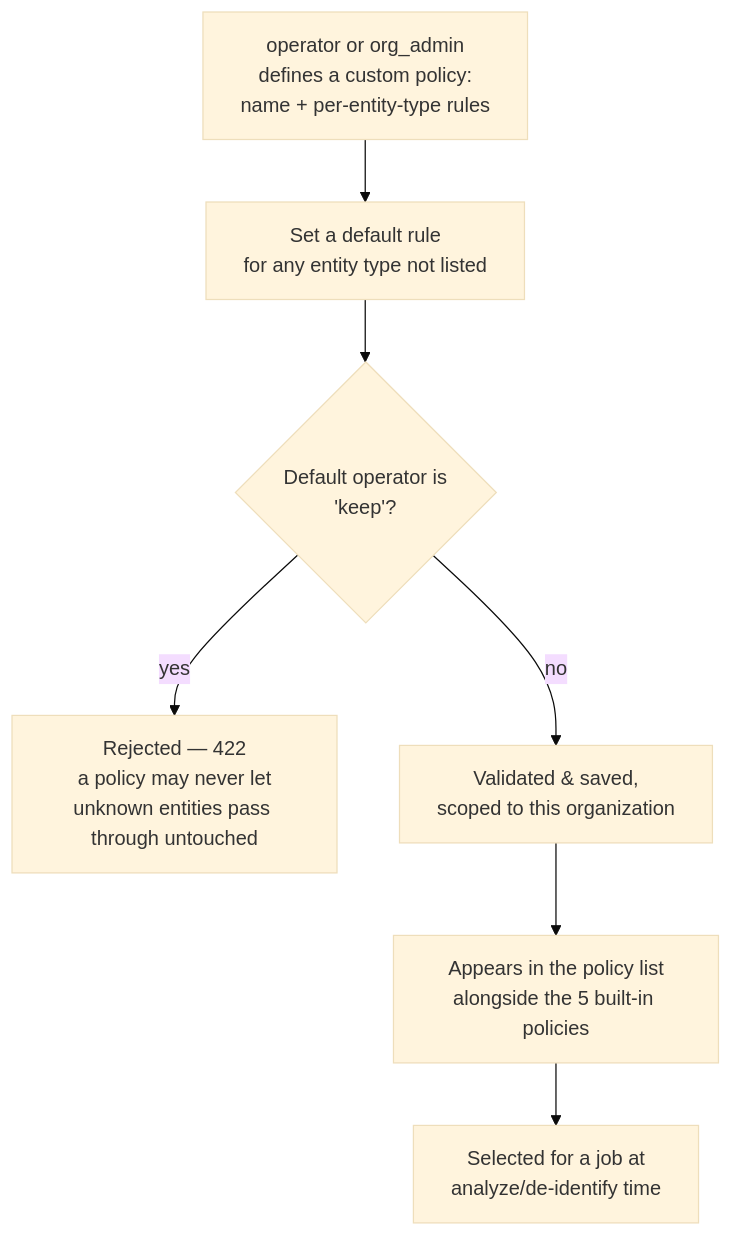
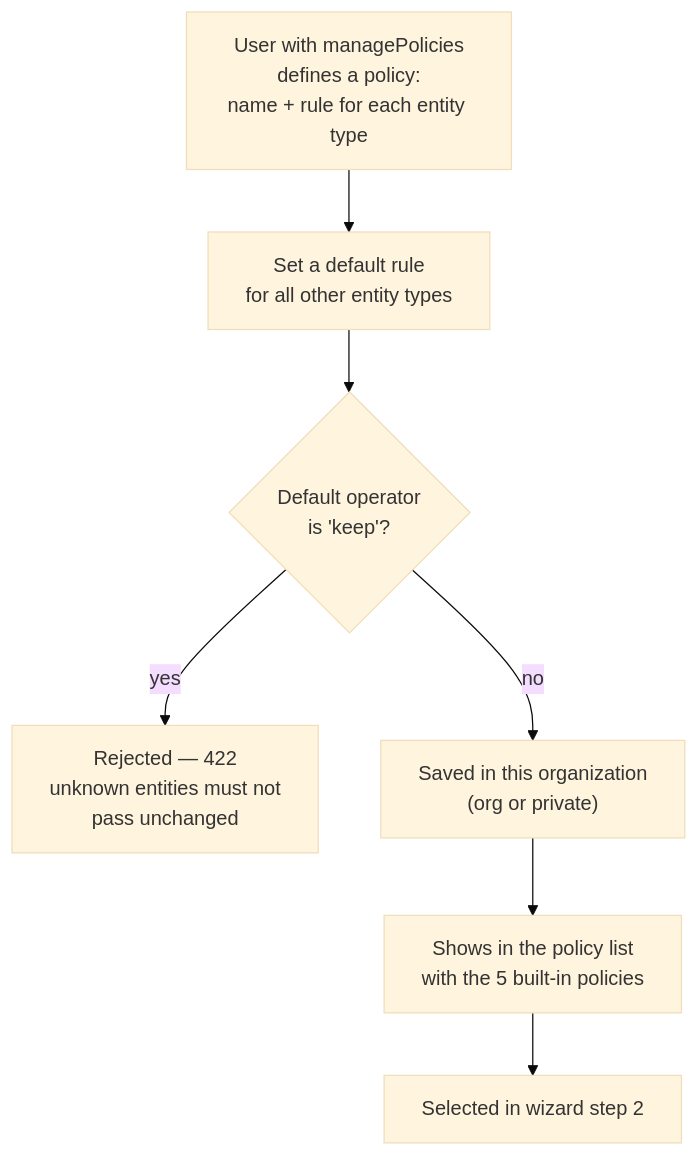
Before and after one commit to DataShield-sp18/data-shield-docs: the first of 2 diagrams in docs/features/custom-policies.md, drawn with Mermaid (base theme). The commit also changed other lines of this file and 8 other files, not shown here.

````diff
--- a/docs/features/custom-policies.md
+++ b/docs/features/custom-policies.md
@@ -6,9 +5,9 @@
 ```mermaid
 flowchart TD
-    A["operator or org_admin<br/>defines a custom policy:<br/>name + per-entity-type rules"] --> B["Set a default rule<br/>for any entity type not listed"]
-    B --> C{"Default operator is<br/>'keep'?"}
-    C -- yes --> R["Rejected — 422<br/>a policy may never let<br/>unknown entities pass through untouched"]
-    C -- no --> D["Validated & saved,<br/>scoped to this organization"]
-    D --> E["Appears in the policy list<br/>alongside the 5 built-in policies"]
-    E --> F["Selected for a job at<br/>analyze/de-identify time"]
+    A["User with managePolicies<br/>defines a policy:<br/>name + rule for each entity type"] --> B["Set a default rule<br/>for all other entity types"]
+    B --> C{"Default operator<br/>is 'keep'?"}
+    C -- yes --> R["Rejected — 422<br/>unknown entities must not<br/>pass unchanged"]
+    C -- no --> D["Saved in this organization<br/>(org or private)"]
+    D --> E["Shows in the policy list<br/>with the 5 built-in policies"]
+    E --> F["Selected in wizard step 2"]
 ```
````
